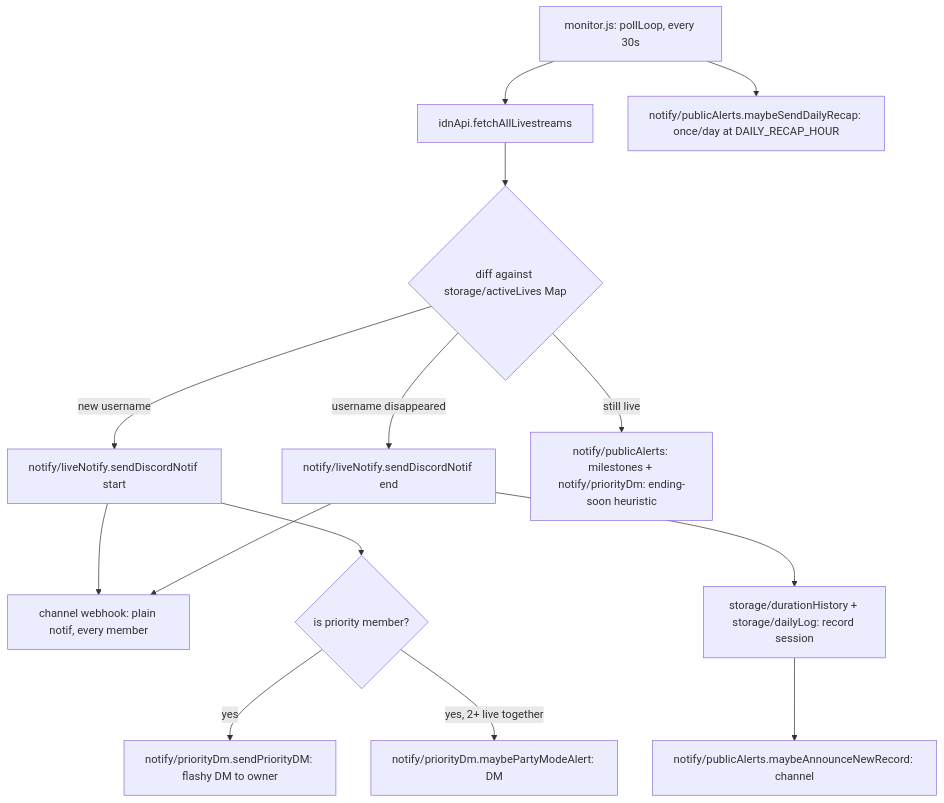
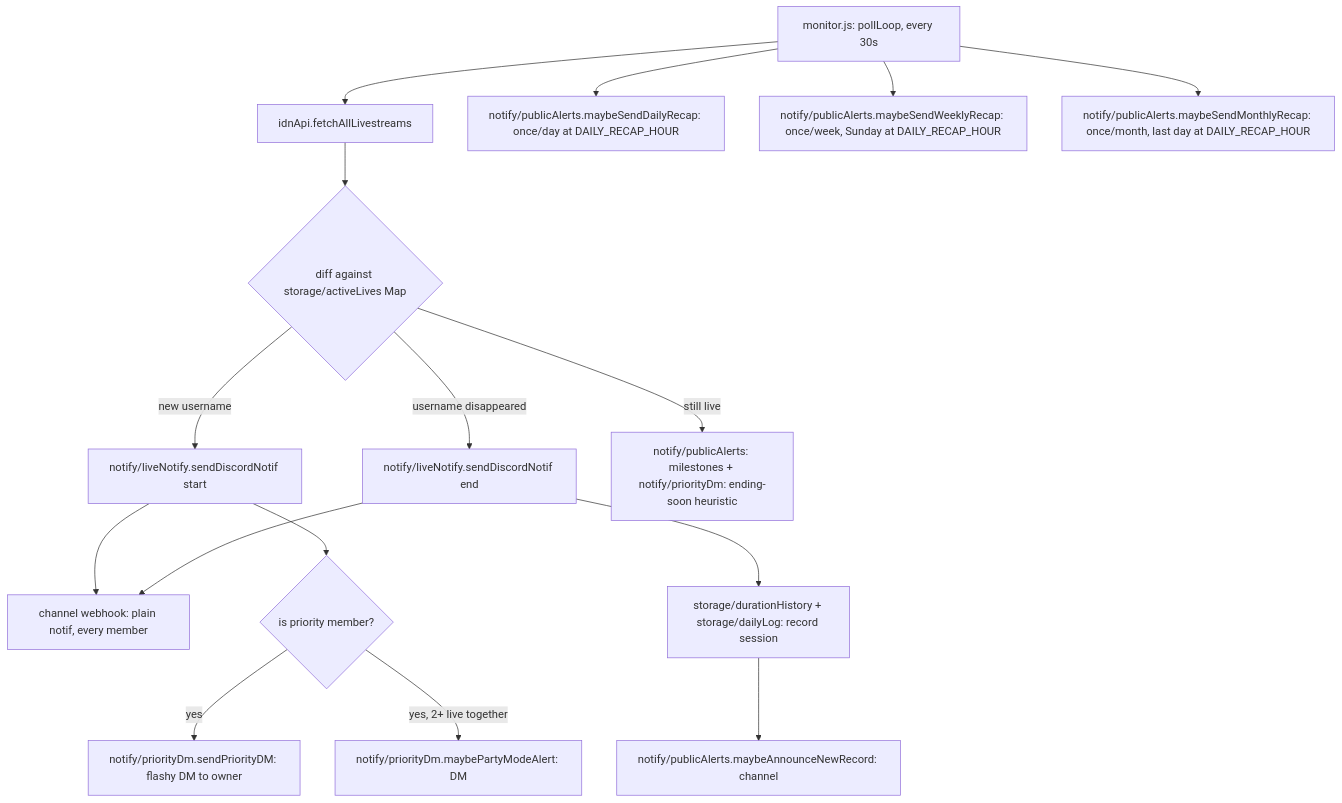
One commit to SkuyLiving2-jpg/live-notifier changed the diagram in ARCHITECTURE.md. Above: the diagram before and after it, drawn with Mermaid. The commit also changed other lines of this file and 6 other files, not shown here.

First line of the commit message:
Add automatic weekly/monthly recap posts (feature 1/5 of this round)

````diff
--- a/ARCHITECTURE.md
+++ b/ARCHITECTURE.md
@@ -89,16 +90,18 @@
 ```mermaid
 flowchart TD
     A[monitor.js: pollLoop, every 30s] --> B[idnApi.fetchAllLivestreams]
     B --> C{diff against storage/activeLives Map}
     C -->|new username| D[notify/liveNotify.sendDiscordNotif start]
     C -->|username disappeared| E[notify/liveNotify.sendDiscordNotif end]
     C -->|still live| F[notify/publicAlerts: milestones + notify/priorityDm: ending-soon heuristic]
     D --> G[channel webhook: plain notif, every member]
     D --> H{is priority member?}
     H -->|yes| I[notify/priorityDm.sendPriorityDM: flashy DM to owner]
     H -->|yes, 2+ live together| J[notify/priorityDm.maybePartyModeAlert: DM]
     E --> G
     E --> K[storage/durationHistory + storage/dailyLog: record session]
     K --> L[notify/publicAlerts.maybeAnnounceNewRecord: channel]
     A --> M[notify/publicAlerts.maybeSendDailyRecap: once/day at DAILY_RECAP_HOUR]
+    A --> N[notify/publicAlerts.maybeSendWeeklyRecap: once/week, Sunday at DAILY_RECAP_HOUR]
+    A --> O[notify/publicAlerts.maybeSendMonthlyRecap: once/month, last day at DAILY_RECAP_HOUR]
 ```
````
